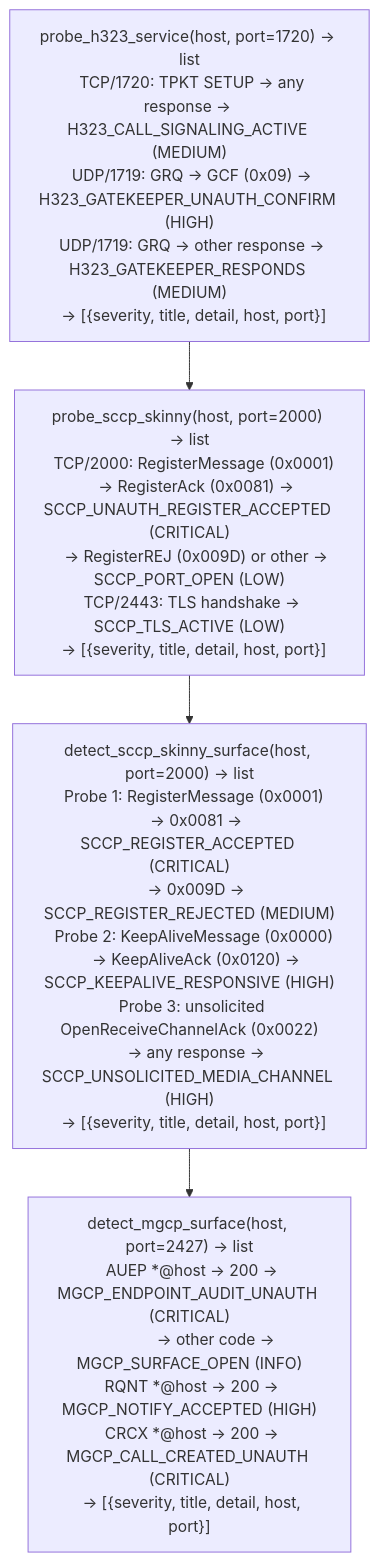
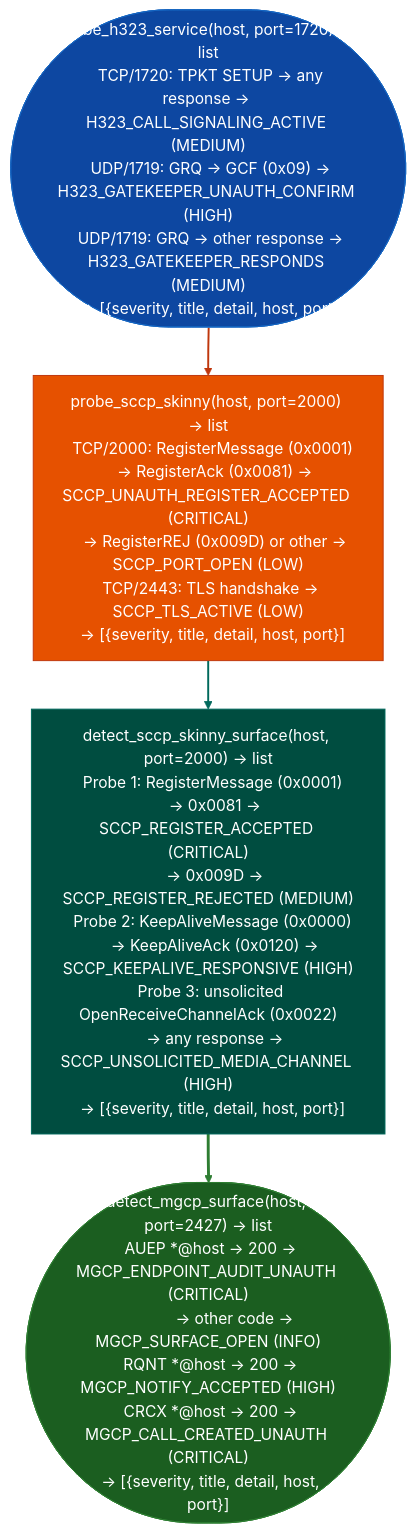
Before and after one commit to Ablation-Tool/ablation: the diagram in docs/reference-modules/legacy-voice-protocols.md, drawn with Mermaid. The commit also changed 320 other files, not shown here.

First line of the commit message:
docs: apply canonical Mermaid template to all 321 diagrams

````diff
--- a/docs/reference-modules/legacy-voice-protocols.md
+++ b/docs/reference-modules/legacy-voice-protocols.md
@@ -19,6 +19,15 @@
 ```mermaid
 flowchart TD
-    A["probe_h323_service(host, port=1720) → list\n  TCP/1720: TPKT SETUP → any response → H323_CALL_SIGNALING_ACTIVE (MEDIUM)\n  UDP/1719: GRQ → GCF (0x09) → H323_GATEKEEPER_UNAUTH_CONFIRM (HIGH)\n  UDP/1719: GRQ → other response → H323_GATEKEEPER_RESPONDS (MEDIUM)\n  → [{severity, title, detail, host, port}]"] --> B["probe_sccp_skinny(host, port=2000) → list\n  TCP/2000: RegisterMessage (0x0001)\n    → RegisterAck (0x0081) → SCCP_UNAUTH_REGISTER_ACCEPTED (CRITICAL)\n    → RegisterREJ (0x009D) or other → SCCP_PORT_OPEN (LOW)\n  TCP/2443: TLS handshake → SCCP_TLS_ACTIVE (LOW)\n  → [{severity, title, detail, host, port}]"]
-    B --> C["detect_sccp_skinny_surface(host, port=2000) → list\n  Probe 1: RegisterMessage (0x0001)\n    → 0x0081 → SCCP_REGISTER_ACCEPTED (CRITICAL)\n    → 0x009D → SCCP_REGISTER_REJECTED (MEDIUM)\n  Probe 2: KeepAliveMessage (0x0000)\n    → KeepAliveAck (0x0120) → SCCP_KEEPALIVE_RESPONSIVE (HIGH)\n  Probe 3: unsolicited OpenReceiveChannelAck (0x0022)\n    → any response → SCCP_UNSOLICITED_MEDIA_CHANNEL (HIGH)\n  → [{severity, title, detail, host, port}]"]
-    C --> D["detect_mgcp_surface(host, port=2427) → list\n  AUEP *@host → 200 → MGCP_ENDPOINT_AUDIT_UNAUTH (CRITICAL)\n             → other code → MGCP_SURFACE_OPEN (INFO)\n  RQNT *@host → 200 → MGCP_NOTIFY_ACCEPTED (HIGH)\n  CRCX *@host → 200 → MGCP_CALL_CREATED_UNAUTH (CRITICAL)\n  → [{severity, title, detail, host, port}]"]
+    A(["probe_h323_service(host, port=1720) → list\n  TCP/1720: TPKT SETUP → any response → H323_CALL_SIGNALING_ACTIVE (MEDIUM)\n  UDP/1719: GRQ → GCF (0x09) → H323_GATEKEEPER_UNAUTH_CONFIRM (HIGH)\n  UDP/1719: GRQ → other response → H323_GATEKEEPER_RESPONDS (MEDIUM)\n  → [{severity, title, detail, host, port}]"]):::input --> B["probe_sccp_skinny(host, port=2000) → list\n  TCP/2000: RegisterMessage (0x0001)\n    → RegisterAck (0x0081) → SCCP_UNAUTH_REGISTER_ACCEPTED (CRITICAL)\n    → RegisterREJ (0x009D) or other → SCCP_PORT_OPEN (LOW)\n  TCP/2443: TLS handshake → SCCP_TLS_ACTIVE (LOW)\n  → [{severity, title, detail, host, port}]"]:::primary
+    B:::primary --> C["detect_sccp_skinny_surface(host, port=2000) → list\n  Probe 1: RegisterMessage (0x0001)\n    → 0x0081 → SCCP_REGISTER_ACCEPTED (CRITICAL)\n    → 0x009D → SCCP_REGISTER_REJECTED (MEDIUM)\n  Probe 2: KeepAliveMessage (0x0000)\n    → KeepAliveAck (0x0120) → SCCP_KEEPALIVE_RESPONSIVE (HIGH)\n  Probe 3: unsolicited OpenReceiveChannelAck (0x0022)\n    → any response → SCCP_UNSOLICITED_MEDIA_CHANNEL (HIGH)\n  → [{severity, title, detail, host, port}]"]:::secondary
+    C:::secondary --> D(["detect_mgcp_surface(host, port=2427) → list\n  AUEP *@host → 200 → MGCP_ENDPOINT_AUDIT_UNAUTH (CRITICAL)\n             → other code → MGCP_SURFACE_OPEN (INFO)\n  RQNT *@host → 200 → MGCP_NOTIFY_ACCEPTED (HIGH)\n  CRCX *@host → 200 → MGCP_CALL_CREATED_UNAUTH (CRITICAL)\n  → [{severity, title, detail, host, port}]"]):::output
+    classDef input     fill:#0d47a1,stroke:#1565c0,color:#fff
+    classDef primary   fill:#e65100,stroke:#bf360c,color:#fff
+    classDef secondary fill:#004d40,stroke:#00695c,color:#fff
+    classDef tertiary  fill:#4a148c,stroke:#6a1b9a,color:#fff
+    classDef neutral   fill:#37474f,stroke:#546e7a,color:#fff
+    classDef output    fill:#1b5e20,stroke:#2e7d32,color:#fff
+    linkStyle 0 stroke:#bf360c,stroke-width:2px
+    linkStyle 1 stroke:#00695c,stroke-width:2px
+    linkStyle 2 stroke:#2e7d32,stroke-width:3px
 ```
````
